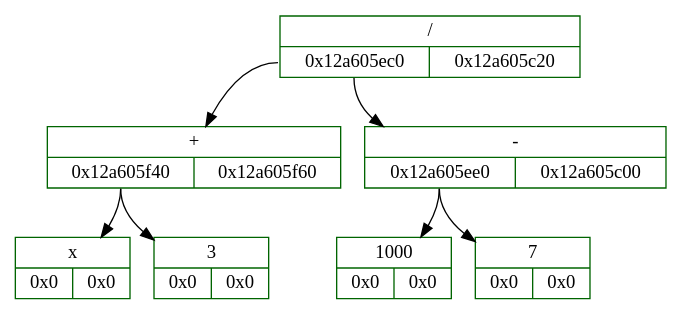
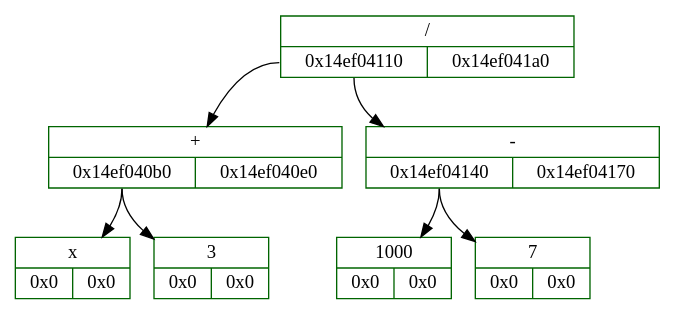
Before and after one commit to whiterno/bin_exp_tree: the diagram in log/dump.dot, drawn with Graphviz. The commit also changed 10 other files, not shown here.

```diff
--- a/log/dump.dot
+++ b/log/dump.dot
@@ -1,17 +1,17 @@
 digraph D{
 	rankdir = TB
 
-	node_7 [color = "darkgreen", style = "filled", shape = "record", fillcolor = "white", label = "{ /  | {<fl7> 0x12a605ec0 | <fr7> 0x12a605c20}}"]
+	node_7 [color = "darkgreen", style = "filled", shape = "record", fillcolor = "white", label = "{ /  | {<fl7> 0x14ef04110 | <fr7> 0x14ef041a0}}"]
 	node_7: <fl7> -> node_6 [color = "black", arrowhead = "normal", label = ""]
-	node_6 [color = "darkgreen", style = "filled", shape = "record", fillcolor = "white", label = "{ +  | {<fl6> 0x12a605f40 | <fr6> 0x12a605f60}}"]
+	node_6 [color = "darkgreen", style = "filled", shape = "record", fillcolor = "white", label = "{ +  | {<fl6> 0x14ef040b0 | <fr6> 0x14ef040e0}}"]
 	node_6: <fl6> -> node_5 [color = "black", arrowhead = "normal", label = ""]
 	node_5 [color = "darkgreen", style = "filled", shape = "record", fillcolor = "white", label = "{ x  | {<fl5> 0x0 | <fr5> 0x0}}"]
 	node_6: <fl6> -> node_4 [color = "black", arrowhead = "normal", label = ""]
 	node_4 [color = "darkgreen", style = "filled", shape = "record", fillcolor = "white", label = "{3  | {<fl4> 0x0 | <fr4> 0x0}}"]
 	node_7: <fl7> -> node_3 [color = "black", arrowhead = "normal", label = ""]
-	node_3 [color = "darkgreen", style = "filled", shape = "record", fillcolor = "white", label = "{ -  | {<fl3> 0x12a605ee0 | <fr3> 0x12a605c00}}"]
+	node_3 [color = "darkgreen", style = "filled", shape = "record", fillcolor = "white", label = "{ -  | {<fl3> 0x14ef04140 | <fr3> 0x14ef04170}}"]
 	node_3: <fl3> -> node_2 [color = "black", arrowhead = "normal", label = ""]
 	node_2 [color = "darkgreen", style = "filled", shape = "record", fillcolor = "white", label = "{1000  | {<fl2> 0x0 | <fr2> 0x0}}"]
 	node_3: <fl3> -> node_1 [color = "black", arrowhead = "normal", label = ""]
 	node_1 [color = "darkgreen", style = "filled", shape = "record", fillcolor = "white", label = "{7  | {<fl1> 0x0 | <fr1> 0x0}}"]
 }
```
